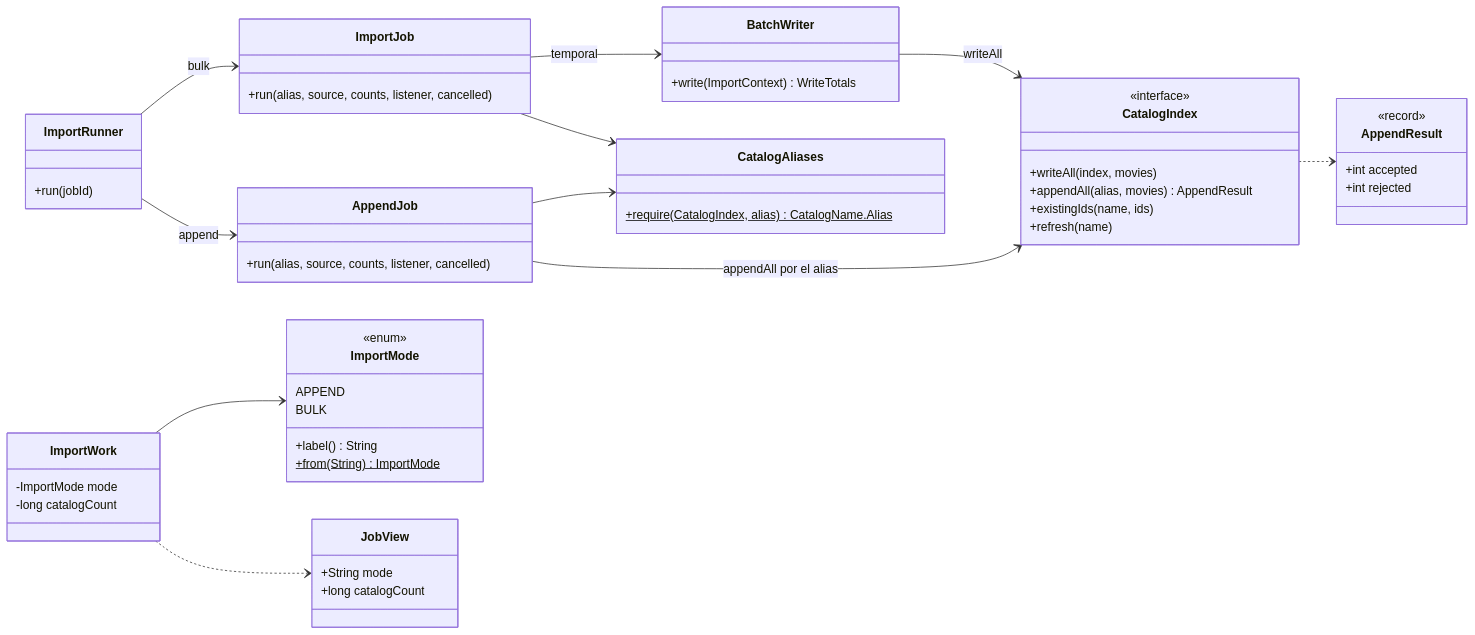
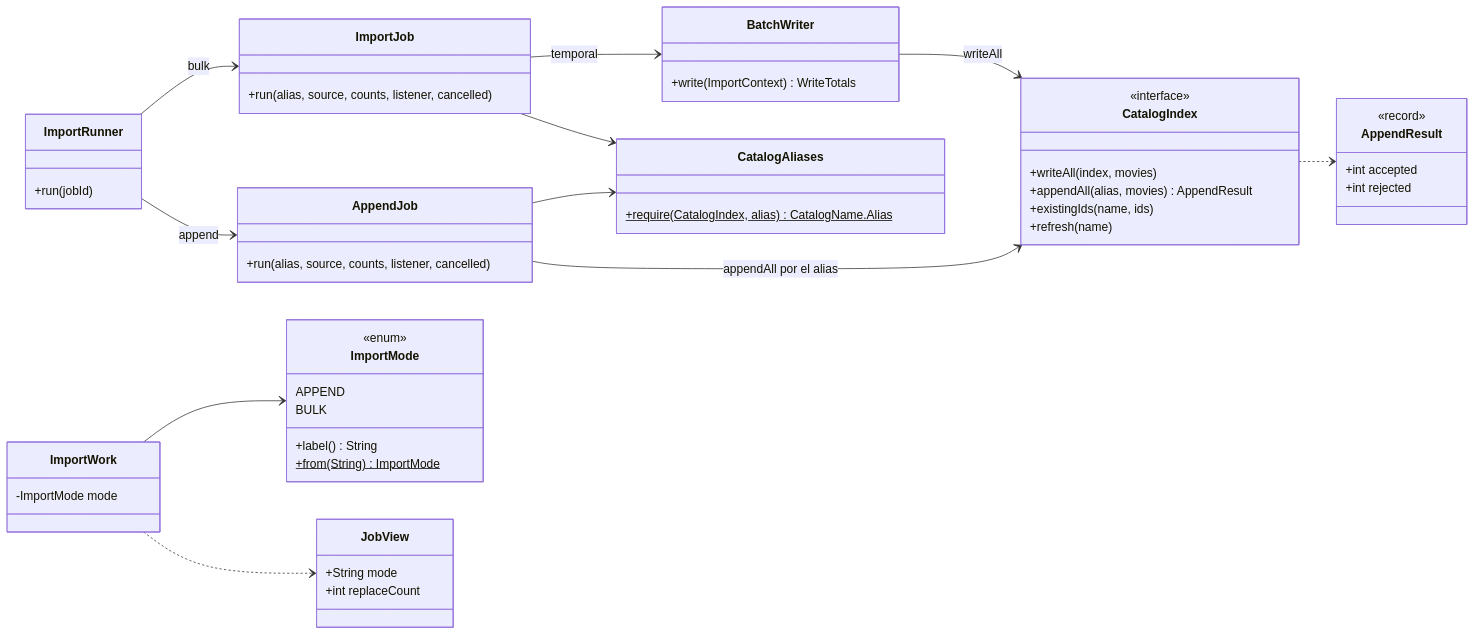
The first of 2 diagrams in docs/diseno/10.md (bigfito/elastiflix-reloaded), drawn with Mermaid before and after one commit. The commit also changed other lines of this file and 38 other files, not shown here.

````diff
--- a/docs/diseno/10.md
+++ b/docs/diseno/10.md
@@ -59,56 +60,55 @@
 ```mermaid
 classDiagram
   direction LR
   class ImportMode {
     <<enum>>
     APPEND
     BULK
     +label() String
     +from(String) ImportMode$
   }
   class ImportRunner {
     +run(jobId)
   }
   class ImportJob {
     +run(alias, source, counts, listener, cancelled)
   }
   class AppendJob {
     +run(alias, source, counts, listener, cancelled)
   }
   class BatchWriter {
     +write(ImportContext) WriteTotals
   }
   class CatalogAliases {
     +require(CatalogIndex, alias) CatalogName.Alias$
   }
   class CatalogIndex {
     <<interface>>
     +writeAll(index, movies)
     +appendAll(alias, movies) AppendResult
     +existingIds(name, ids)
     +refresh(name)
   }
   class AppendResult {
     <<record>>
     +int accepted
     +int rejected
   }
   class ImportWork {
     -ImportMode mode
-    -long catalogCount
   }
   class JobView {
     +String mode
-    +long catalogCount
+    +int replaceCount
   }
   ImportRunner --> ImportJob : bulk
   ImportRunner --> AppendJob : append
   ImportJob --> BatchWriter : temporal
   ImportJob --> CatalogAliases
   AppendJob --> CatalogAliases
   AppendJob --> CatalogIndex : appendAll por el alias
   BatchWriter --> CatalogIndex : writeAll
   CatalogIndex ..> AppendResult
   ImportWork --> ImportMode
   ImportWork ..> JobView
 ```
````
